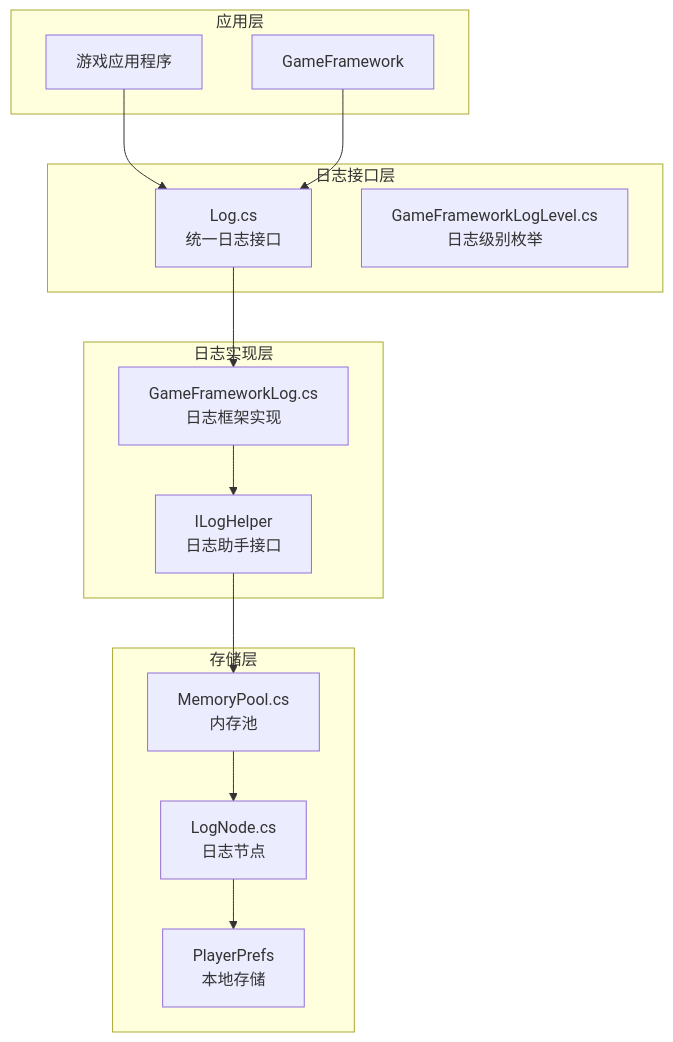
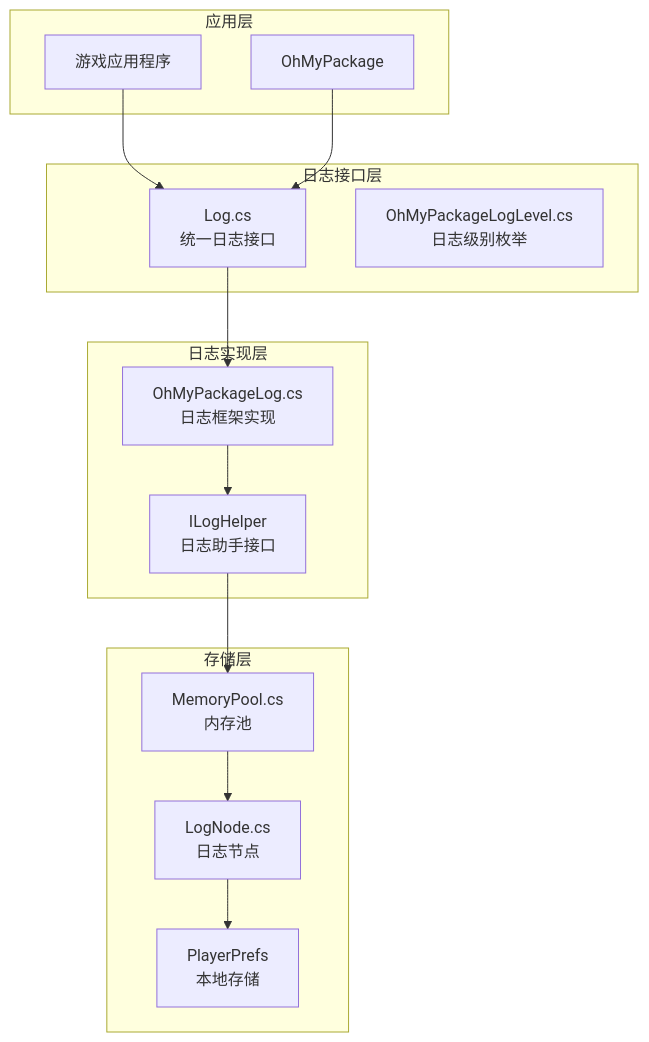
Before and after one commit to OxygenIsland/MyGame: the eighth of 9 diagrams in repowiki/zh/content/性能优化/性能监控系统/调试器监控功能/控制台设置面板.md, drawn with Mermaid. The commit also changed other lines of this file and 34 other files, not shown here.

````diff
--- a/repowiki/zh/content/性能优化/性能监控系统/调试器监控功能/控制台设置面板.md
+++ b/repowiki/zh/content/性能优化/性能监控系统/调试器监控功能/控制台设置面板.md
@@ -347,27 +347,27 @@
 ```mermaid
 graph TB
 subgraph "应用层"
 GameApp[游戏应用程序]
-GameFramework[GameFramework]
+OhMyPackage[OhMyPackage]
 end
 subgraph "日志接口层"
 LogInterface[Log.cs<br/>统一日志接口]
-LogLevelEnum[GameFrameworkLogLevel.cs<br/>日志级别枚举]
+LogLevelEnum[OhMyPackageLogLevel.cs<br/>日志级别枚举]
 end
 subgraph "日志实现层"
-GameFrameworkLog[GameFrameworkLog.cs<br/>日志框架实现]
+OhMyPackageLog[OhMyPackageLog.cs<br/>日志框架实现]
 LogHelper[ILogHelper<br/>日志助手接口]
 end
 subgraph "存储层"
 MemoryPool[MemoryPool.cs<br/>内存池]
 LogNode[LogNode.cs<br/>日志节点]
 PlayerPrefs[PlayerPrefs<br/>本地存储]
 end
 GameApp --> LogInterface
-GameFramework --> LogInterface
-LogInterface --> GameFrameworkLog
-GameFrameworkLog --> LogHelper
+OhMyPackage --> LogInterface
+LogInterface --> OhMyPackageLog
+OhMyPackageLog --> LogHelper
 LogHelper --> MemoryPool
 MemoryPool --> LogNode
 LogNode --> PlayerPrefs
 ```
````
